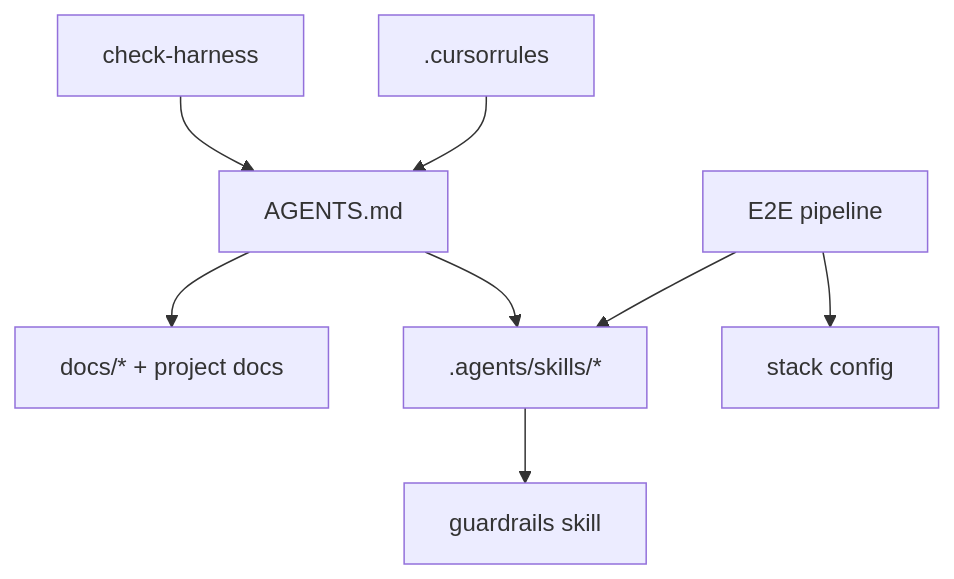
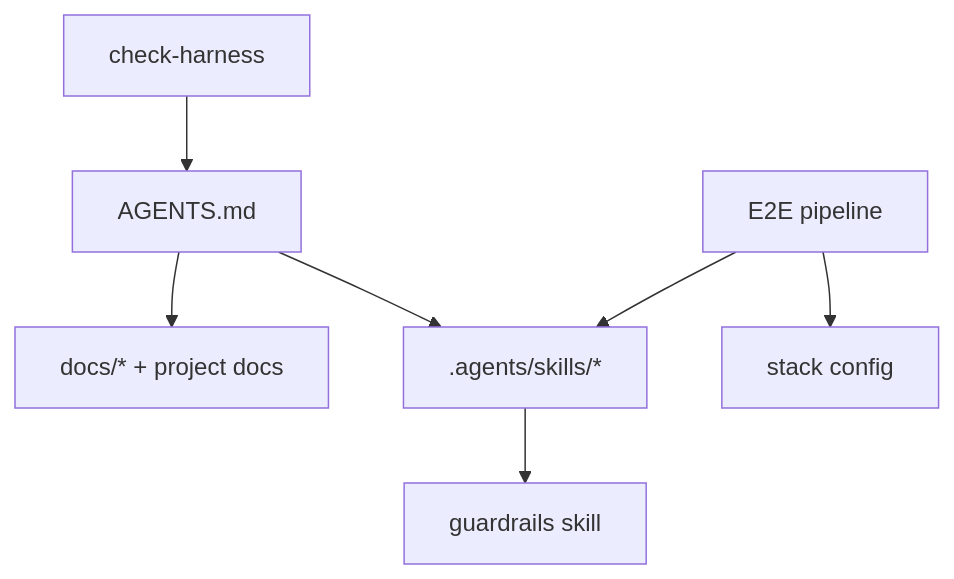
One commit to jpolvora/workflow-skills changed the second of 2 diagrams in .agents/skills/check-harness/SKILL.md. Above: the diagram before and after it, drawn with Mermaid. The commit also changed other lines of this file and 58 other files, not shown here.

````diff
--- a/.agents/skills/check-harness/SKILL.md
+++ b/.agents/skills/check-harness/SKILL.md
@@ -279,10 +278,9 @@
 ```mermaid
 flowchart TD
-  CR[.cursorrules] --> AG[AGENTS.md]
-  AG --> SKILLS[.agents/skills/*]
+  AG[AGENTS.md] --> SKILLS[.agents/skills/*]
   AG --> DOCS[docs/* + project docs]
   UDW[E2E pipeline] --> STACKWF[stack config]
   UDW --> SKILLS
   CHK[check-harness] --> AG
   SKILLS --> GRD[guardrails skill]
 ```
````
